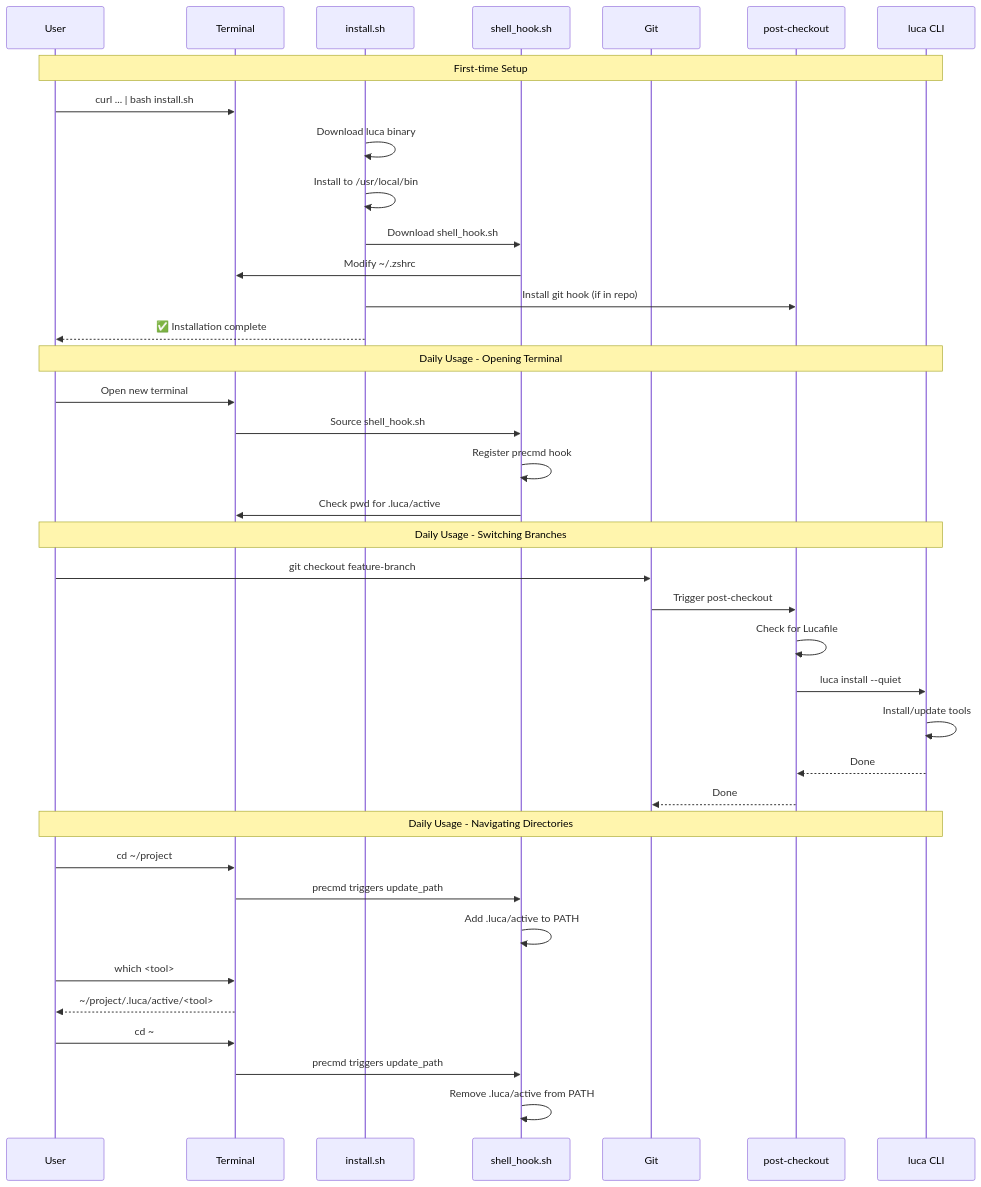
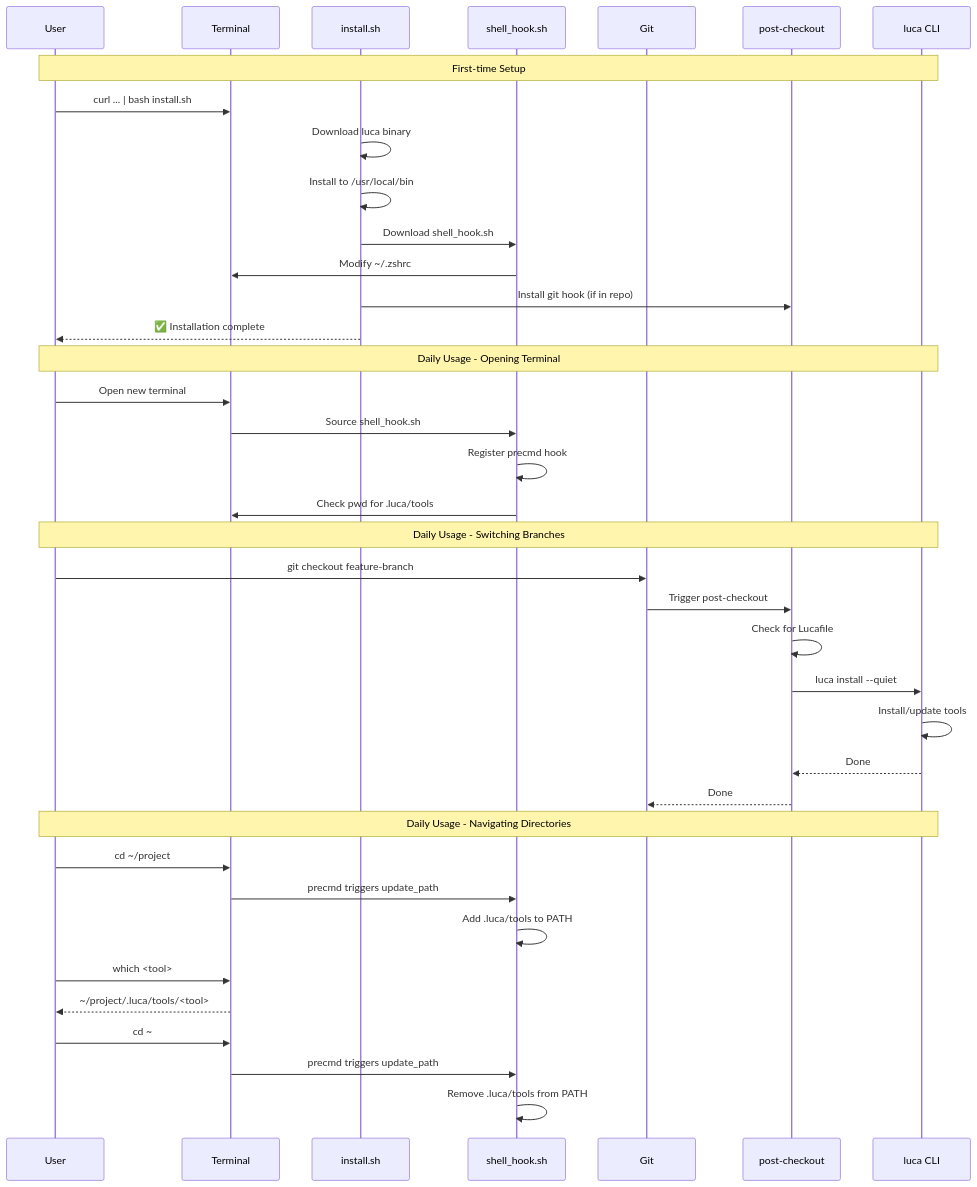
Before and after one commit to LucaTools/LucaScripts: the seventh of 7 diagrams in README.md, drawn with Mermaid. The commit also changed other lines of this file and 1 other file, not shown here.

Commit message:
Rename .luca/active to .luca/tools for consistency with global tools folder

````diff
--- a/README.md
+++ b/README.md
@@ -303,45 +303,45 @@
 ```mermaid
 sequenceDiagram
     participant U as User
     participant T as Terminal
     participant IS as install.sh
     participant SH as shell_hook.sh
     participant G as Git
     participant PC as post-checkout
     participant L as luca CLI
 
     Note over U,L: First-time Setup
     U->>T: curl ... | bash install.sh
     IS->>IS: Download luca binary
     IS->>IS: Install to /usr/local/bin
     IS->>SH: Download shell_hook.sh
     SH->>T: Modify ~/.zshrc
     IS->>PC: Install git hook (if in repo)
     IS-->>U: ✅ Installation complete
 
     Note over U,L: Daily Usage - Opening Terminal
     U->>T: Open new terminal
     T->>SH: Source shell_hook.sh
     SH->>SH: Register precmd hook
-    SH->>T: Check pwd for .luca/active
+    SH->>T: Check pwd for .luca/tools
 
     Note over U,L: Daily Usage - Switching Branches
     U->>G: git checkout feature-branch
     G->>PC: Trigger post-checkout
     PC->>PC: Check for Lucafile
     PC->>L: luca install --quiet
     L->>L: Install/update tools
     L-->>PC: Done
     PC-->>G: Done
     
     Note over U,L: Daily Usage - Navigating Directories
     U->>T: cd ~/project
     T->>SH: precmd triggers update_path
-    SH->>SH: Add .luca/active to PATH
+    SH->>SH: Add .luca/tools to PATH
     U->>T: which <tool>
-    T-->>U: ~/project/.luca/active/<tool>
+    T-->>U: ~/project/.luca/tools/<tool>
     
     U->>T: cd ~
     T->>SH: precmd triggers update_path
-    SH->>SH: Remove .luca/active from PATH
+    SH->>SH: Remove .luca/tools from PATH
 ```
````
